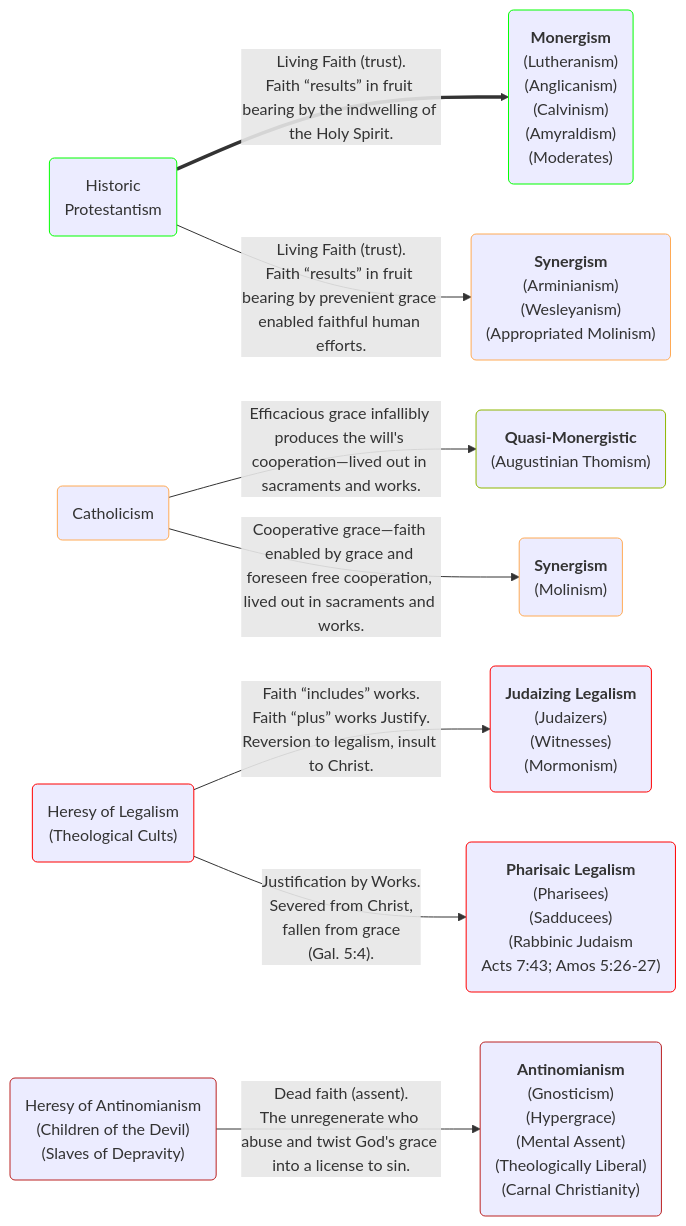
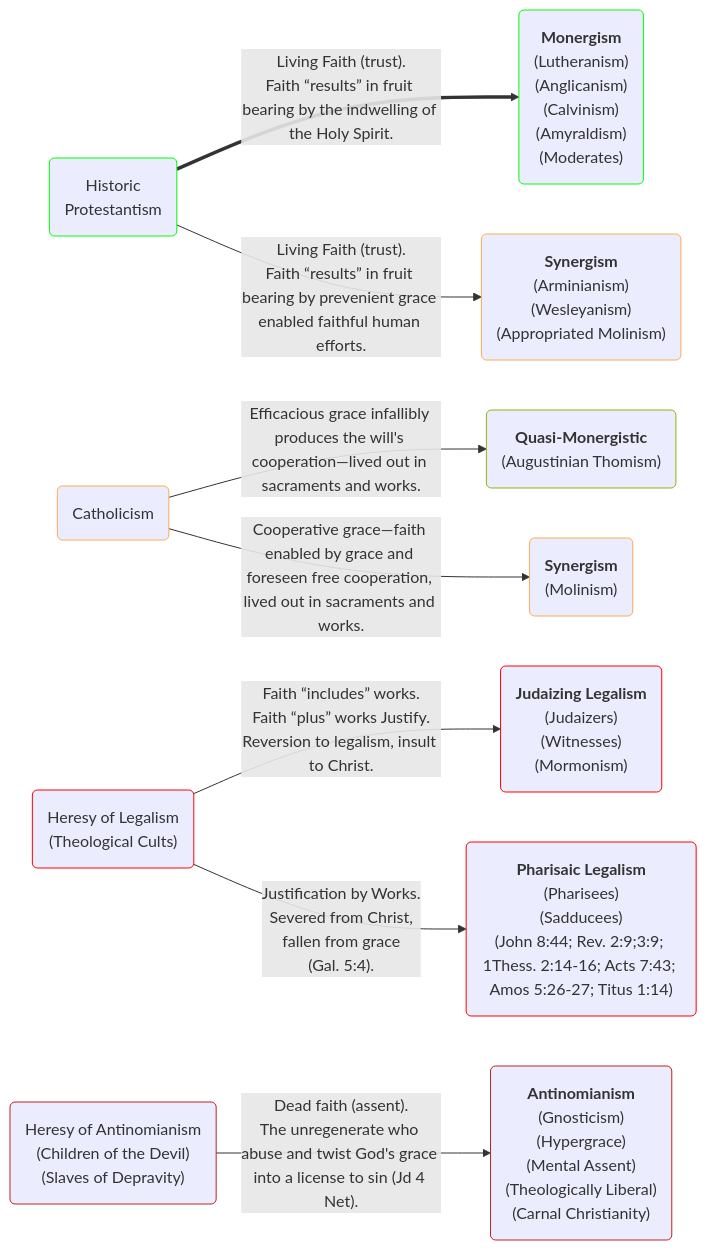
The first of 2 diagrams in _posts/2025-08-03-historic-protestant-position.markdown (OrdoLuminis/ordoluminis.github.io), drawn with Mermaid before and after one commit. The commit also changed other lines of this file, not shown here.

````diff
--- a/_posts/2025-08-03-historic-protestant-position.markdown
+++ b/_posts/2025-08-03-historic-protestant-position.markdown
@@ -55,23 +55,23 @@
 ```mermaid
 flowchart LR
     A(Historic<br>Protestantism):::green
     B(Catholicism):::orange
     C(Heresy of Legalism<br>&lpar;Theological Cults&rpar;):::red
     D(Heresy of Antinomianism<br>&lpar;Children of the Devil&rpar;<br>&lpar;Slaves of Depravity&rpar;):::firebrick
     A ==>|Living Faith &lpar;trust&rpar;.<br>Faith &ldquo;results&rdquo; in fruit bearing by the indwelling of the Holy Spirit.| G(<strong>Monergism</strong><br>&lpar;Lutheranism&rpar;<br>&lpar;Anglicanism&rpar;<br>&lpar;Calvinism&rpar;<br>&lpar;Amyraldism&rpar;<br>&lpar;Moderates&rpar;):::green
     A -->|Living Faith &lpar;trust&rpar;.<br>Faith &ldquo;results&rdquo; in fruit bearing by prevenient grace enabled faithful human efforts.| H(<strong>Synergism</strong><br>&lpar;Arminianism&rpar;<br>&lpar;Wesleyanism&rpar;<br>&lpar;Appropriated Molinism&rpar;):::orange
     B -->|Efficacious grace infallibly produces the will's cooperation&mdash;lived out in sacraments and works.| N(<strong>Quasi-Monergistic</strong><br>&lpar;Augustinian Thomism&rpar;):::yellowgreen
     B -->|Cooperative grace&mdash;faith enabled by grace and foreseen free cooperation, lived out in sacraments and works.| I(<strong>Synergism</strong><br>&lpar;Molinism&rpar;):::orange
     C -->|Faith &ldquo;includes&rdquo; works.<br>Faith &ldquo;plus&rdquo; works Justify.<br>Reversion to legalism, insult to Christ.| J(<strong>Judaizing Legalism</strong><br>&lpar;Judaizers&rpar;<br>&lpar;Witnesses&rpar;<br>&lpar;Mormonism&rpar;):::red
-    C -->|Justification by Works.<br>Severed from Christ,<br>fallen from grace<br>&lpar;Gal. 5:4&rpar;.| K(<strong>Pharisaic Legalism</strong><br>&lpar;Pharisees&rpar;<br>&lpar;Sadducees&rpar;<br>&lpar;Rabbinic Judaism<br>Acts 7:43; Amos 5:26-27&rpar;):::red
-    D -->|Dead faith &lpar;assent&rpar;.<br>The unregenerate who abuse and twist God's grace into a license to sin.| L(<strong>Antinomianism</strong><br>&lpar;Gnosticism&rpar;<br>&lpar;Hypergrace&rpar;<br>&lpar;Mental Assent&rpar;<br>&lpar;Theologically Liberal&rpar;<br>&lpar;Carnal Christianity&rpar;):::firebrick
+    C -->|Justification by Works.<br>Severed from Christ,<br>fallen from grace<br>&lpar;Gal. 5:4&rpar;.| K(<strong>Pharisaic Legalism</strong><br>&lpar;Pharisees&rpar;<br>&lpar;Sadducees&rpar;<br>&lpar;John 8:44; Rev. 2:9;3:9; 1Thess. 2:14-16; Acts 7:43; Amos 5:26-27; Titus 1:14&rpar;):::red
+    D -->|Dead faith &lpar;assent&rpar;.<br>The unregenerate who abuse and twist God's grace into a license to sin &lpar;Jd 4 Net&rpar;.| L(<strong>Antinomianism</strong><br>&lpar;Gnosticism&rpar;<br>&lpar;Hypergrace&rpar;<br>&lpar;Mental Assent&rpar;<br>&lpar;Theologically Liberal&rpar;<br>&lpar;Carnal Christianity&rpar;):::firebrick
     classDef red stroke:#f00
     classDef green stroke:#0f0
     classDef lightgreen stroke:#Bf0
     classDef yellowgreen stroke:#8db600
     classDef darkgreen stroke:#006400
     classDef orange stroke:#fa5
     classDef firebrick stroke:#b22
     classDef darkred stroke:#8B0000
     classDef darkerred stroke:#701705
 ```
````
